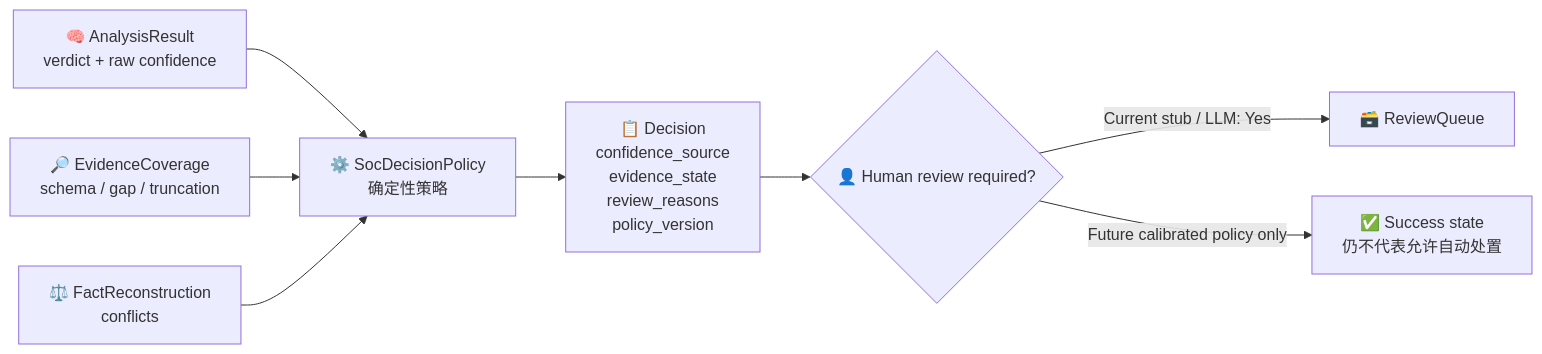
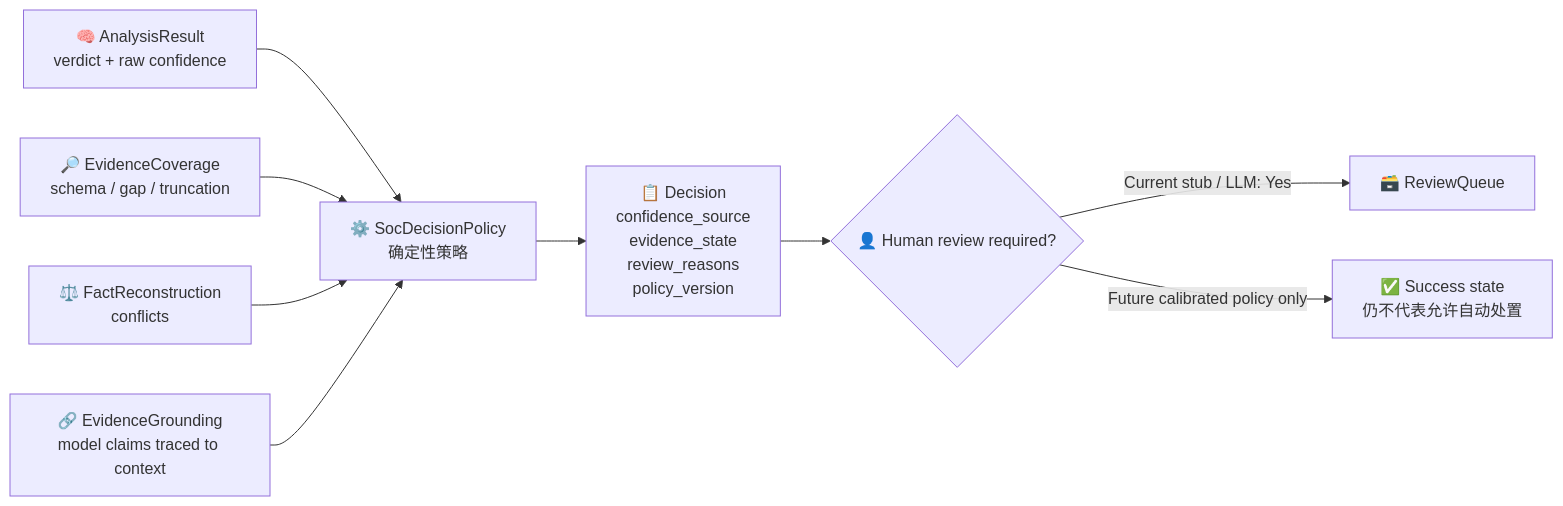
Before and after one commit to yydspanda/deer-flow: the third of 17 diagrams in .notes/ai_soc/alert-lifecycle-flow.md, drawn with Mermaid. The commit also changed other lines of this file and 37 other files, not shown here.

````diff
--- a/.notes/ai_soc/alert-lifecycle-flow.md
+++ b/.notes/ai_soc/alert-lifecycle-flow.md
@@ -129,10 +129,11 @@
 ```mermaid
 flowchart LR
     A["🧠 AnalysisResult<br/>verdict + raw confidence"] --> B["⚙️ SocDecisionPolicy<br/>确定性策略"]
     C["🔎 EvidenceCoverage<br/>schema / gap / truncation"] --> B
     D["⚖️ FactReconstruction<br/>conflicts"] --> B
+    GR["🔗 EvidenceGrounding<br/>model claims traced to context"] --> B
     B --> E["📋 Decision<br/>confidence_source<br/>evidence_state<br/>review_reasons<br/>policy_version"]
     E --> F{"👤 Human review required?"}
-    F -->|Current stub / LLM: Yes| G["🗃️ ReviewQueue"]
+    F -->|Current stub / LLM: Yes| Q["🗃️ ReviewQueue"]
     F -->|Future calibrated policy only| H["✅ Success state<br/>仍不代表允许自动处置"]
 ```
````
